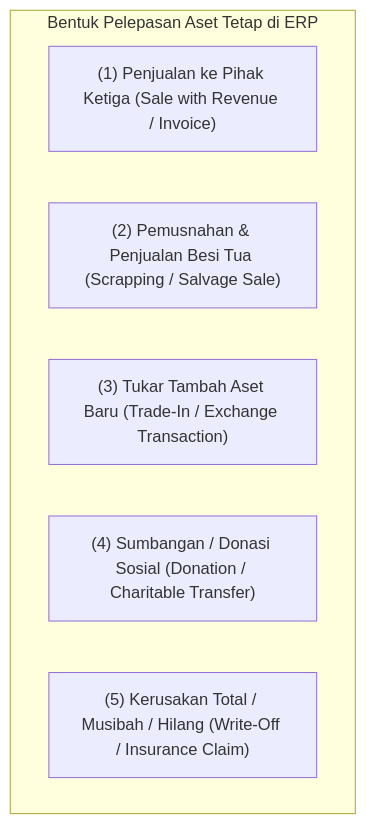
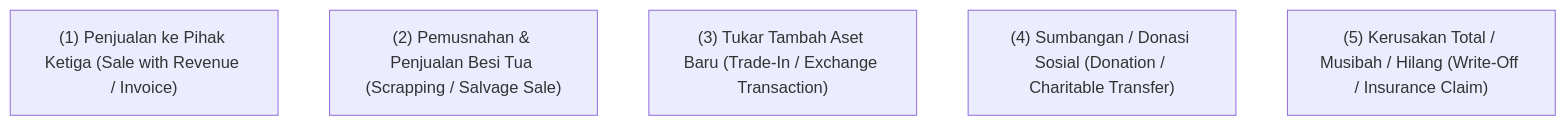
Before and after one commit to alimurrofid/erp-notes: the second of 3 diagrams in content/08-assets/asset-disposal-and-retirement.md, drawn with Mermaid. The commit also changed 58 other files, not shown here.

Commit message:
fix(content):Mermaid Subgraph

````diff
--- a/content/08-assets/asset-disposal-and-retirement.md
+++ b/content/08-assets/asset-disposal-and-retirement.md
@@ -36,10 +36,8 @@
 ```mermaid
 graph TD
-    subgraph DisposalChannels["Bentuk Pelepasan Aset Tetap di ERP"]
         S1["(1) Penjualan ke Pihak Ketiga (Sale with Revenue / Invoice)"]
         S2["(2) Pemusnahan & Penjualan Besi Tua (Scrapping / Salvage Sale)"]
         S3["(3) Tukar Tambah Aset Baru (Trade-In / Exchange Transaction)"]
         S4["(4) Sumbangan / Donasi Sosial (Donation / Charitable Transfer)"]
         S5["(5) Kerusakan Total / Musibah / Hilang (Write-Off / Insurance Claim)"]
-    end
 ```
````
